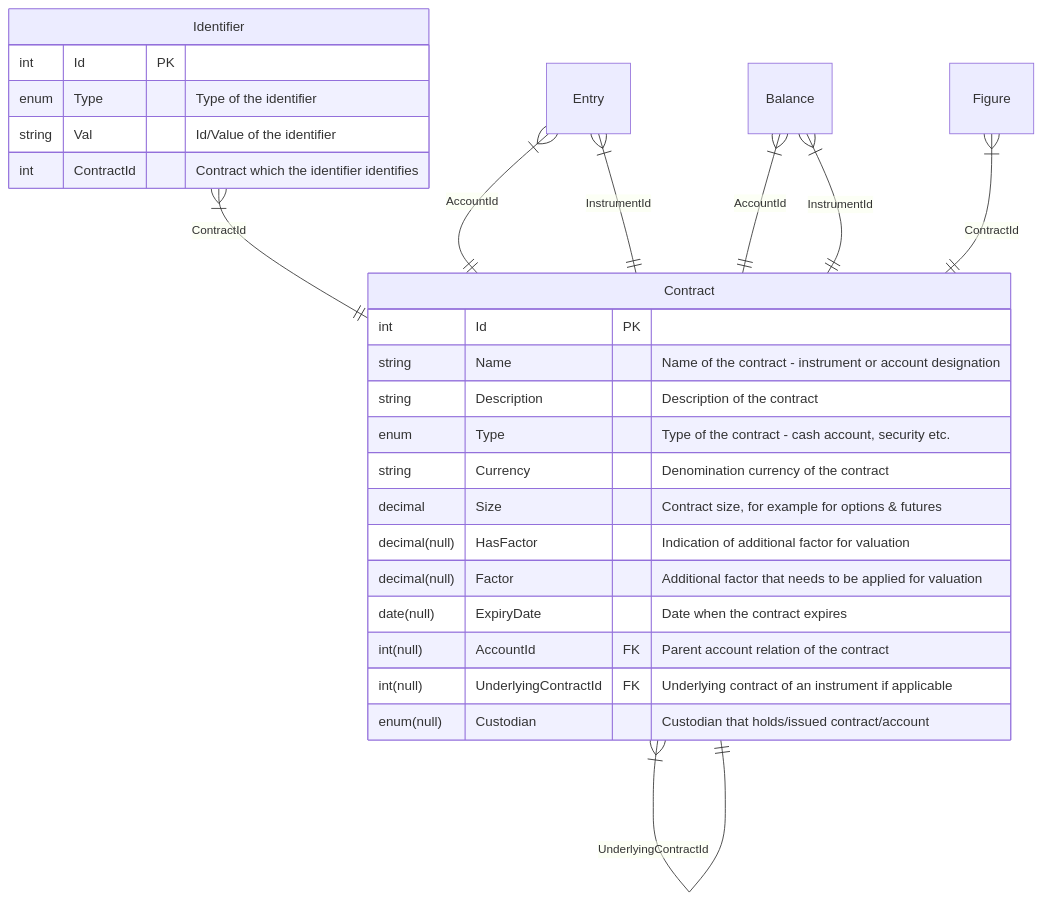
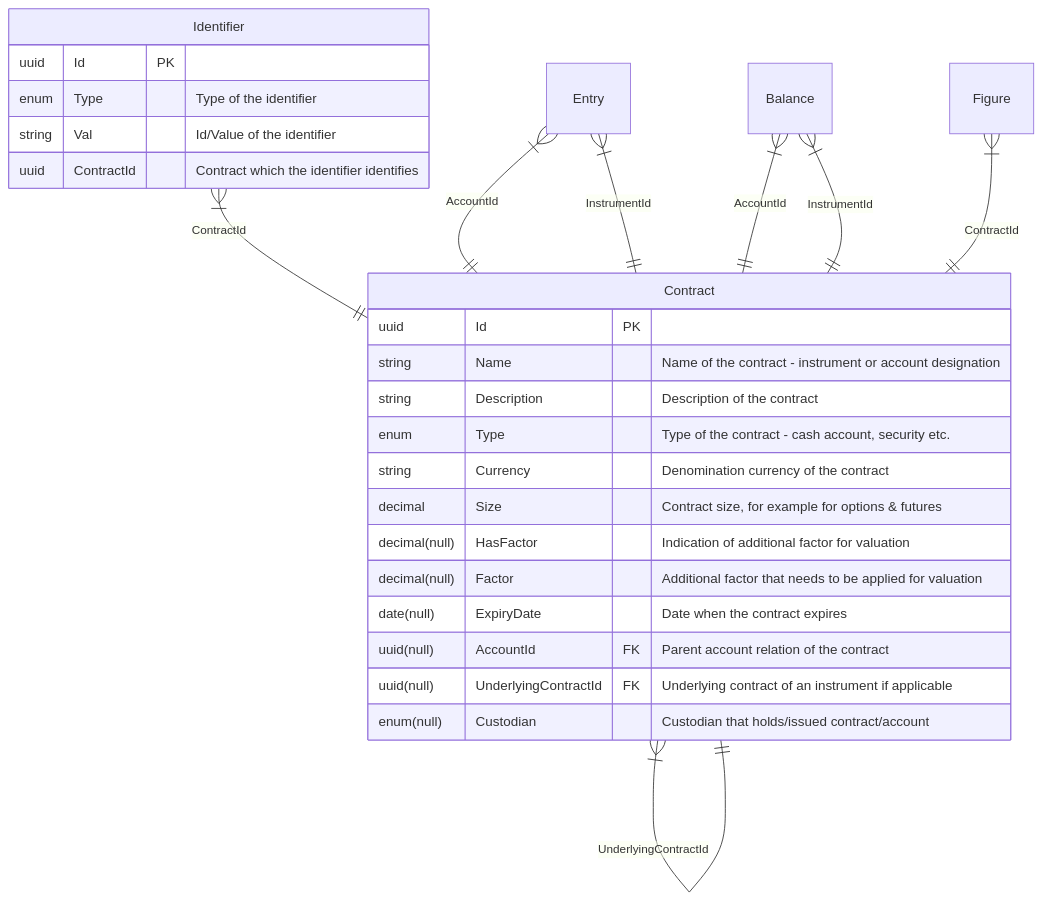
One commit to wealthledger/docu changed the first of 5 diagrams in README.md. Above: the diagram before and after it, drawn with Mermaid. The commit also changed other lines of this file, not shown here.

````diff
--- a/README.md
+++ b/README.md
@@ -29,31 +29,31 @@
 ```mermaid
 erDiagram
     Identifier }|--|| Contract : ContractId
     Entry }|--|| Contract : AccountId
     Entry }|--|| Contract : InstrumentId
     Balance }|--|| Contract : AccountId
     Balance }|--|| Contract : InstrumentId
     Figure }|--|| Contract : ContractId
     Contract }|--|| Contract : AccountId
     Contract }|--|| Contract : UnderlyingContractId
     Contract {
-        int Id PK
+        uuid Id PK
         string Name "Name of the contract - instrument or account designation"
         string Description "Description of the contract"
         enum Type "Type of the contract - cash account, security etc."
         string Currency "Denomination currency of the contract"
         decimal Size "Contract size, for example for options & futures"
         decimal(null) HasFactor "Indication of additional factor for valuation"
         decimal(null) Factor "Additional factor that needs to be applied for valuation"
         date(null) ExpiryDate "Date when the contract expires"
-        int(null) AccountId FK "Parent account relation of the contract"
-        int(null) UnderlyingContractId FK "Underlying contract of an instrument if applicable"
+        uuid(null) AccountId FK "Parent account relation of the contract"
+        uuid(null) UnderlyingContractId FK "Underlying contract of an instrument if applicable"
         enum(null) Custodian "Custodian that holds/issued contract/account"
     }
     Identifier {
-        int Id PK
+        uuid Id PK
         enum Type "Type of the identifier"
         string Val "Id/Value of the identifier"
-        int ContractId "Contract which the identifier identifies"
+        uuid ContractId "Contract which the identifier identifies"
     }
 ```
````
